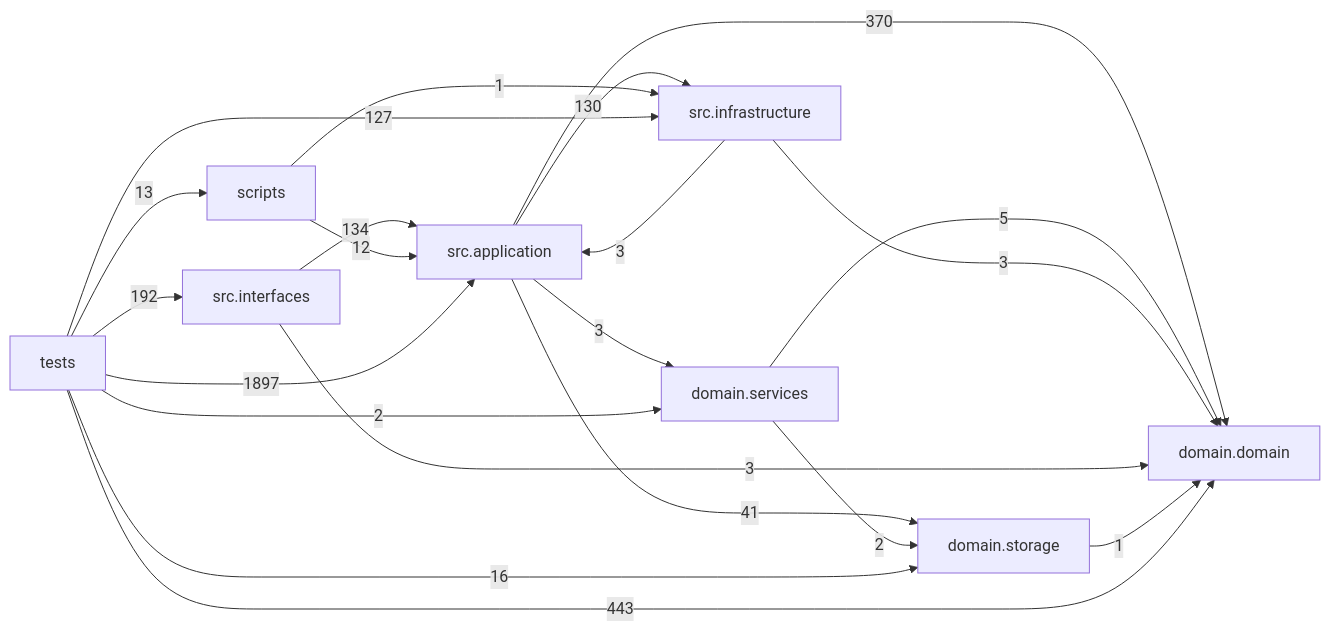
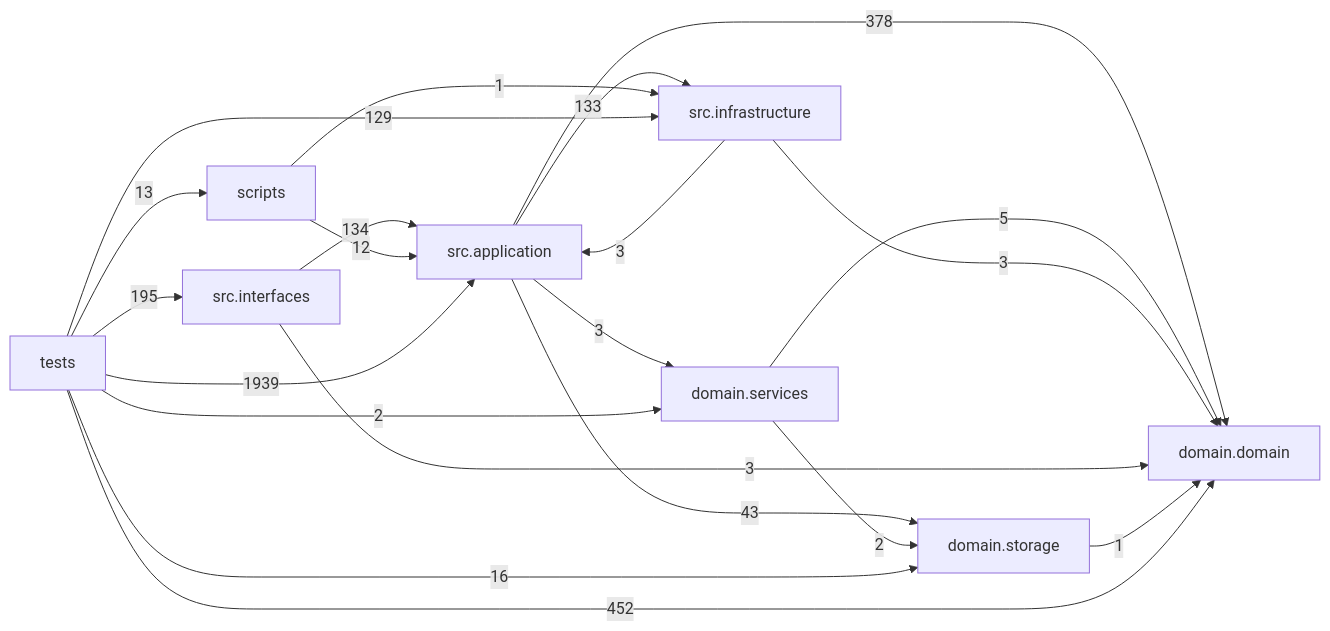
One commit to liuxie066/options-monitor changed the diagram in docs/DEPENDENCY_GRAPH.md. Above: the diagram before and after it, drawn with Mermaid. The commit also changed other lines of this file and 109 other files, not shown here.

````diff
--- a/docs/DEPENDENCY_GRAPH.md
+++ b/docs/DEPENDENCY_GRAPH.md
@@ -24,31 +24,31 @@
 ```mermaid
 flowchart LR
   tests["tests"]
   scripts["scripts"]
   interfaces["src.interfaces"]
   application["src.application"]
   infrastructure["src.infrastructure"]
   domain_services["domain.services"]
   domain["domain.domain"]
   storage["domain.storage"]
-  application -->|370| domain
+  application -->|378| domain
   application -->|3| domain_services
-  application -->|130| infrastructure
-  application -->|41| storage
+  application -->|133| infrastructure
+  application -->|43| storage
   domain_services -->|5| domain
   domain_services -->|2| storage
   infrastructure -->|3| application
   infrastructure -->|3| domain
   interfaces -->|134| application
   interfaces -->|3| domain
   scripts -->|12| application
   scripts -->|1| infrastructure
   storage -->|1| domain
-  tests -->|1897| application
-  tests -->|443| domain
+  tests -->|1939| application
+  tests -->|452| domain
   tests -->|2| domain_services
-  tests -->|127| infrastructure
-  tests -->|192| interfaces
+  tests -->|129| infrastructure
+  tests -->|195| interfaces
   tests -->|13| scripts
   tests -->|16| storage
 ```
````
